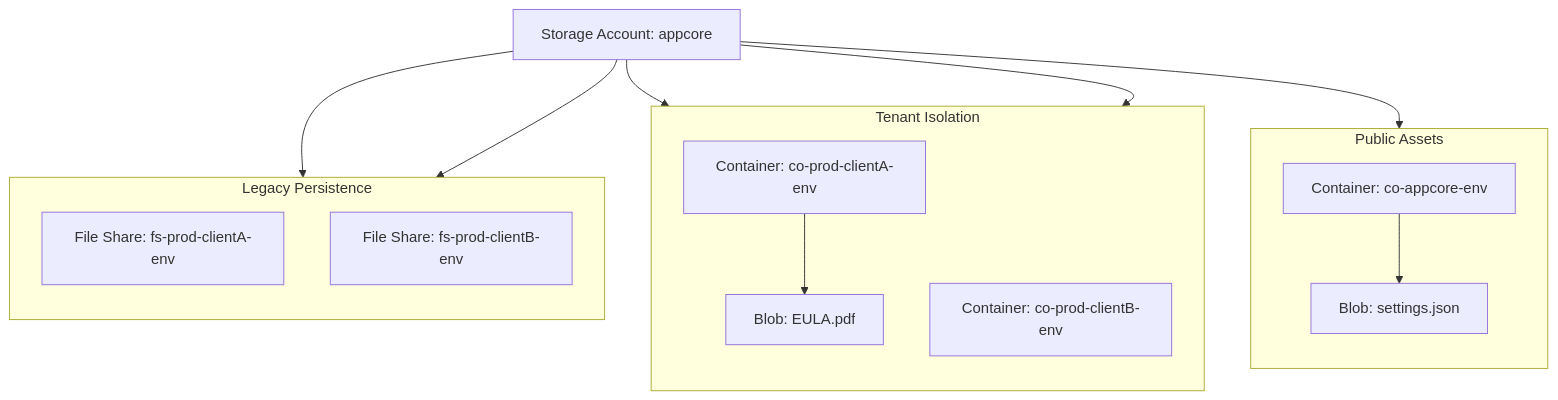
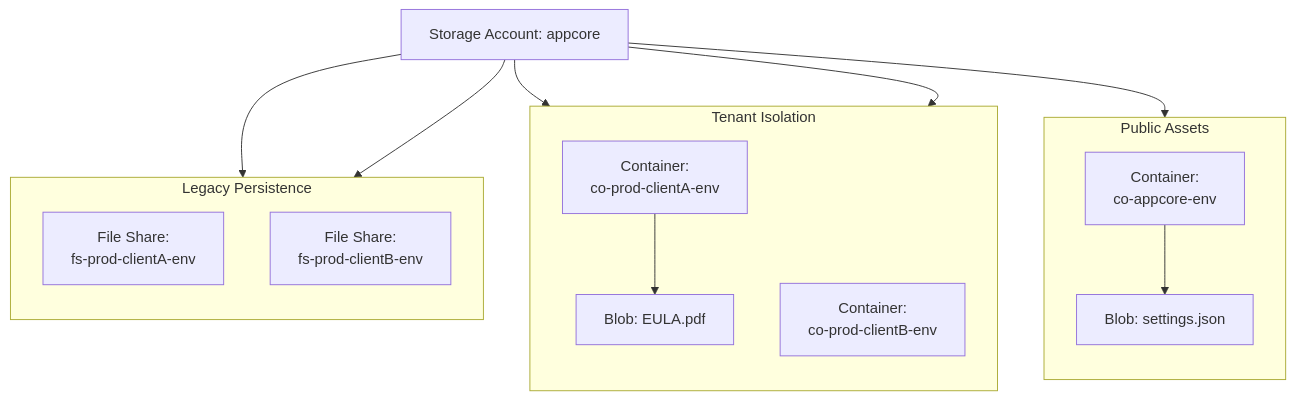
Before and after one commit to nubenetes/terraform-azure-devops-agentic: the first of 2 diagrams in docs/342-STORAGE_GOVERNANCE_AND_LIFECYCLE.md, drawn with Mermaid. The commit also changed 23 other files, not shown here.

Commit message:
docs: establish automated Mermaid validator and eliminate text clipping repo-wide

````diff
--- a/docs/342-STORAGE_GOVERNANCE_AND_LIFECYCLE.md
+++ b/docs/342-STORAGE_GOVERNANCE_AND_LIFECYCLE.md
@@ -34,27 +34,27 @@
 ```mermaid
 graph TD
     SA[Storage Account: appcore]
     subgraph Public_Assets ["Public Assets"]
         direction TB
-        CO_PUB[Container: co-appcore-env]
+        CO_PUB[Container:<br/>co-appcore-env]
         BLOB_CFG[Blob: settings.json]
     end
     subgraph Tenant_Isolation ["Tenant Isolation"]
         direction TB
-        CO_T1[Container: co-prod-clientA-env]
-        CO_T2[Container: co-prod-clientB-env]
+        CO_T1[Container:<br/>co-prod-clientA-env]
+        CO_T2[Container:<br/>co-prod-clientB-env]
         BLOB_EULA[Blob: EULA.pdf]
     end
     subgraph Legacy_Persistence ["Legacy Persistence"]
         direction TB
-        FS_T1[File Share: fs-prod-clientA-env]
-        FS_T2[File Share: fs-prod-clientB-env]
+        FS_T1[File Share:<br/>fs-prod-clientA-env]
+        FS_T2[File Share:<br/>fs-prod-clientB-env]
     end
     SA --> CO_PUB
     SA --> CO_T1
     SA --> CO_T2
     SA --> FS_T1
     SA --> FS_T2
     CO_PUB --> BLOB_CFG
     CO_T1 --> BLOB_EULA
 ```
````
